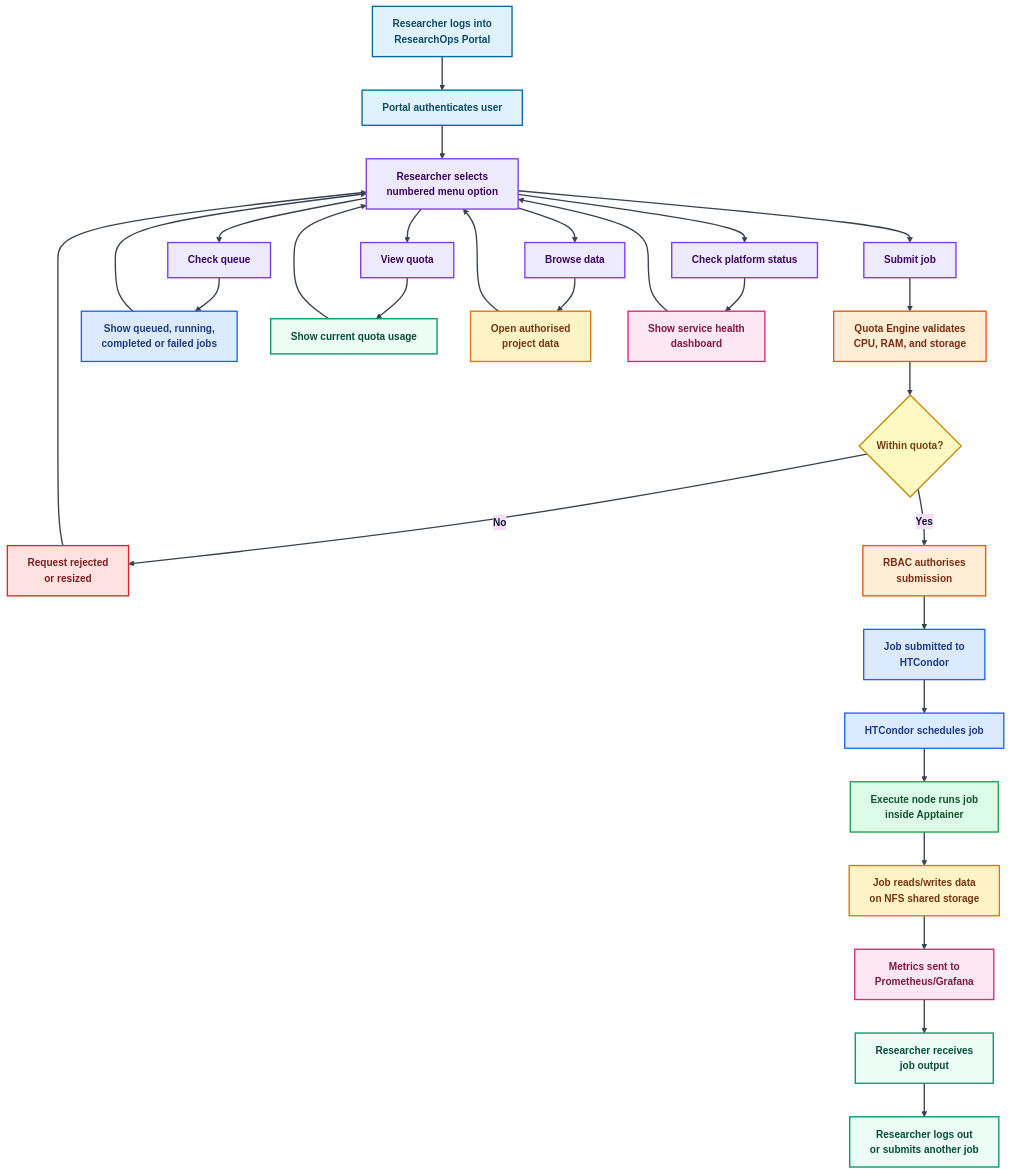
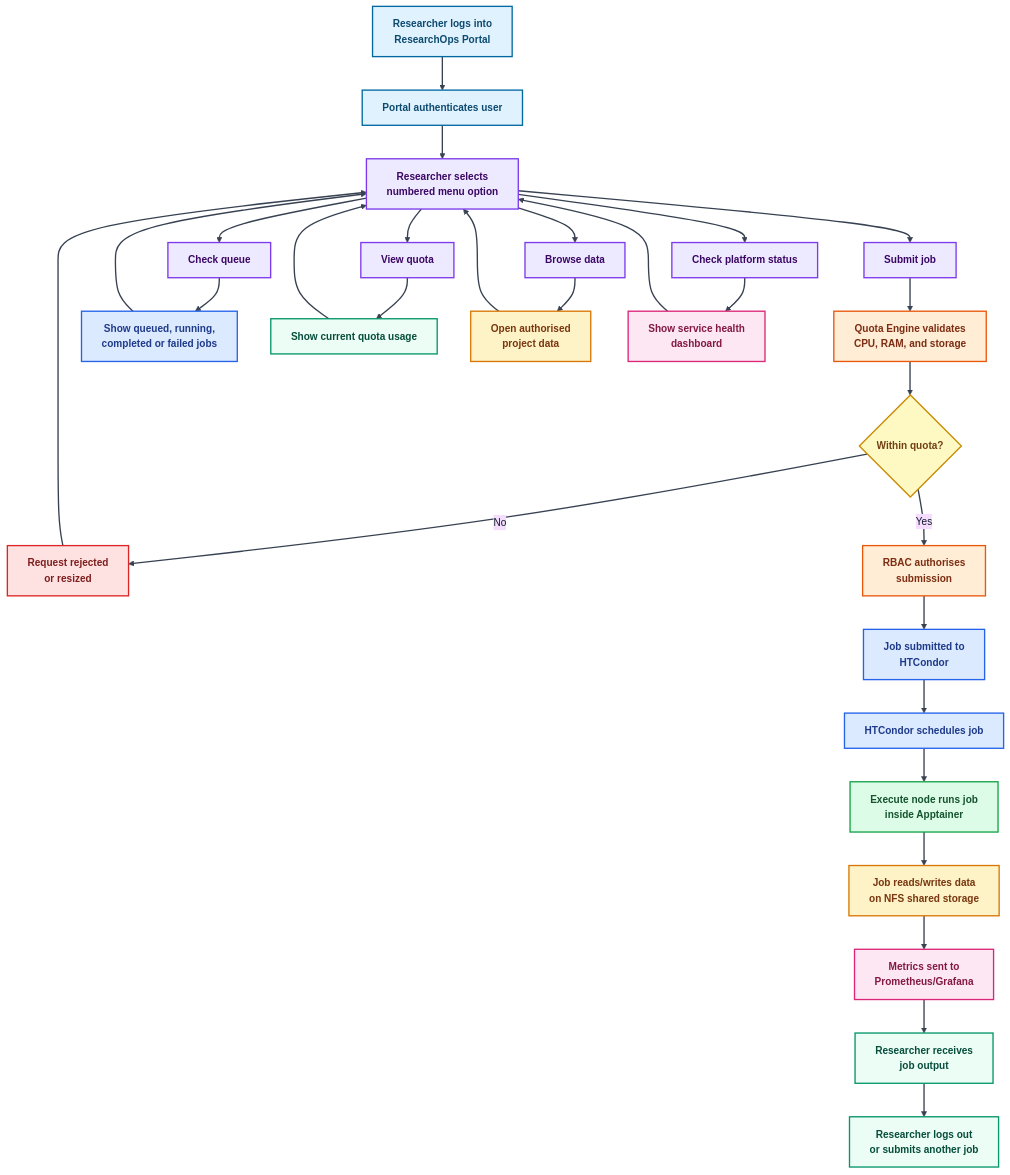
One commit to adeolu-rabiu/ResearchOps changed the diagram in README.md. Above: the diagram before and after it, drawn with Mermaid. The commit also changed other lines of this file, not shown here.

Commit message:
docs: fix hardware diagram placement and mermaid rendering
- Hardware infrastructure diagram moved to dedicated section
- Removed HTML b tags from mermaid (GitHub renderer incompatible)
- Phase 0 and Phase 1 show Complete
- Phase 2 shows In Progress

````diff
--- a/README.md
+++ b/README.md
@@ -165,73 +164,73 @@
 ```mermaid
 %%{init: {
   "theme": "base",
   "themeVariables": {
     "background": "#ffffff",
     "mainBkg": "#ffffff",
     "fontFamily": "Arial",
     "fontSize": "15px",
     "primaryTextColor": "#111827",
     "lineColor": "#374151"
   }
 }}%%
 
 flowchart TD
 
-    A["<b>Researcher logs into<br/>ResearchOps Portal</b>"] --> B["<b>Portal authenticates user</b>"]
-    B --> C["<b>Researcher selects<br/>numbered menu option</b>"]
+    A["Researcher logs into<br/>ResearchOps Portal"] --> B["Portal authenticates user"]
+    B --> C["Researcher selects<br/>numbered menu option"]
 
-    C --> D["<b>Submit job</b>"]
-    C --> E["<b>Check queue</b>"]
-    C --> F["<b>View quota</b>"]
-    C --> G["<b>Browse data</b>"]
-    C --> H["<b>Check platform status</b>"]
+    C --> D["Submit job"]
+    C --> E["Check queue"]
+    C --> F["View quota"]
+    C --> G["Browse data"]
+    C --> H["Check platform status"]
 
-    D --> I["<b>Quota Engine validates<br/>CPU, RAM, and storage</b>"]
-    I --> J{"<b>Within quota?</b>"}
+    D --> I["Quota Engine validates<br/>CPU, RAM, and storage"]
+    I --> J{"Within quota?"}
 
-    J -- "<b>No</b>" --> K["<b>Request rejected<br/>or resized</b>"]
+    J -- "No" --> K["Request rejected<br/>or resized"]
     K --> C
 
-    J -- "<b>Yes</b>" --> L["<b>RBAC authorises<br/>submission</b>"]
-    L --> M["<b>Job submitted to<br/>HTCondor</b>"]
-    M --> N["<b>HTCondor schedules job</b>"]
-    N --> O["<b>Execute node runs job<br/>inside Apptainer</b>"]
-    O --> P["<b>Job reads/writes data<br/>on NFS shared storage</b>"]
-    P --> Q["<b>Metrics sent to<br/>Prometheus/Grafana</b>"]
-    Q --> R["<b>Researcher receives<br/>job output</b>"]
+    J -- "Yes" --> L["RBAC authorises<br/>submission"]
+    L --> M["Job submitted to<br/>HTCondor"]
+    M --> N["HTCondor schedules job"]
+    N --> O["Execute node runs job<br/>inside Apptainer"]
+    O --> P["Job reads/writes data<br/>on NFS shared storage"]
+    P --> Q["Metrics sent to<br/>Prometheus/Grafana"]
+    Q --> R["Researcher receives<br/>job output"]
 
-    E --> S["<b>Show queued, running,<br/>completed or failed jobs</b>"]
-    F --> T["<b>Show current quota usage</b>"]
-    G --> U["<b>Open authorised<br/>project data</b>"]
-    H --> V["<b>Show service health<br/>dashboard</b>"]
+    E --> S["Show queued, running,<br/>completed or failed jobs"]
+    F --> T["Show current quota usage"]
+    G --> U["Open authorised<br/>project data"]
+    H --> V["Show service health<br/>dashboard"]
 
     S --> C
     T --> C
     U --> C
     V --> C
-    R --> W["<b>Researcher logs out<br/>or submits another job</b>"]
+    R --> W["Researcher logs out<br/>or submits another job"]
 
     classDef portal fill:#E0F2FE,stroke:#0369A1,stroke-width:2px,color:#0C4A6E,font-weight:bold
     classDef menu fill:#EDE9FE,stroke:#7C3AED,stroke-width:2px,color:#3B0764,font-weight:bold
     classDef service fill:#FFEDD5,stroke:#EA580C,stroke-width:2px,color:#7C2D12,font-weight:bold
     classDef decision fill:#FEF9C3,stroke:#CA8A04,stroke-width:2px,color:#713F12,font-weight:bold
     classDef error fill:#FEE2E2,stroke:#DC2626,stroke-width:2px,color:#7F1D1D,font-weight:bold
     classDef condor fill:#DBEAFE,stroke:#2563EB,stroke-width:2px,color:#1E3A8A,font-weight:bold
     classDef container fill:#DCFCE7,stroke:#16A34A,stroke-width:2px,color:#14532D,font-weight:bold
     classDef storage fill:#FEF3C7,stroke:#D97706,stroke-width:2px,color:#78350F,font-weight:bold
     classDef observability fill:#FCE7F3,stroke:#DB2777,stroke-width:2px,color:#831843,font-weight:bold
     classDef success fill:#ECFDF5,stroke:#059669,stroke-width:2px,color:#064E3B,font-weight:bold
 
     class A,B portal
     class C,D,E,F,G,H menu
     class I,L service
     class J decision
     class K error
     class M,N,S condor
     class O container
     class P,U storage
     class Q,V observability
     class R,T,W success
 
     linkStyle default stroke:#374151,stroke-width:2px
 ```
````
